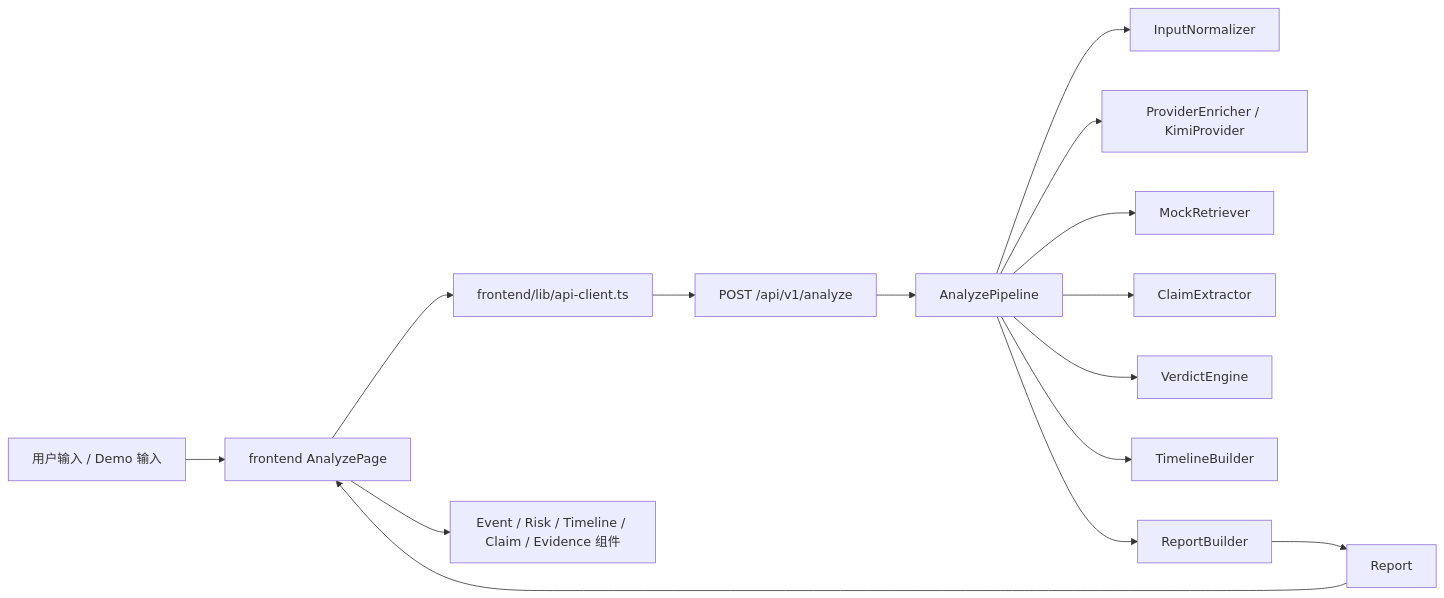
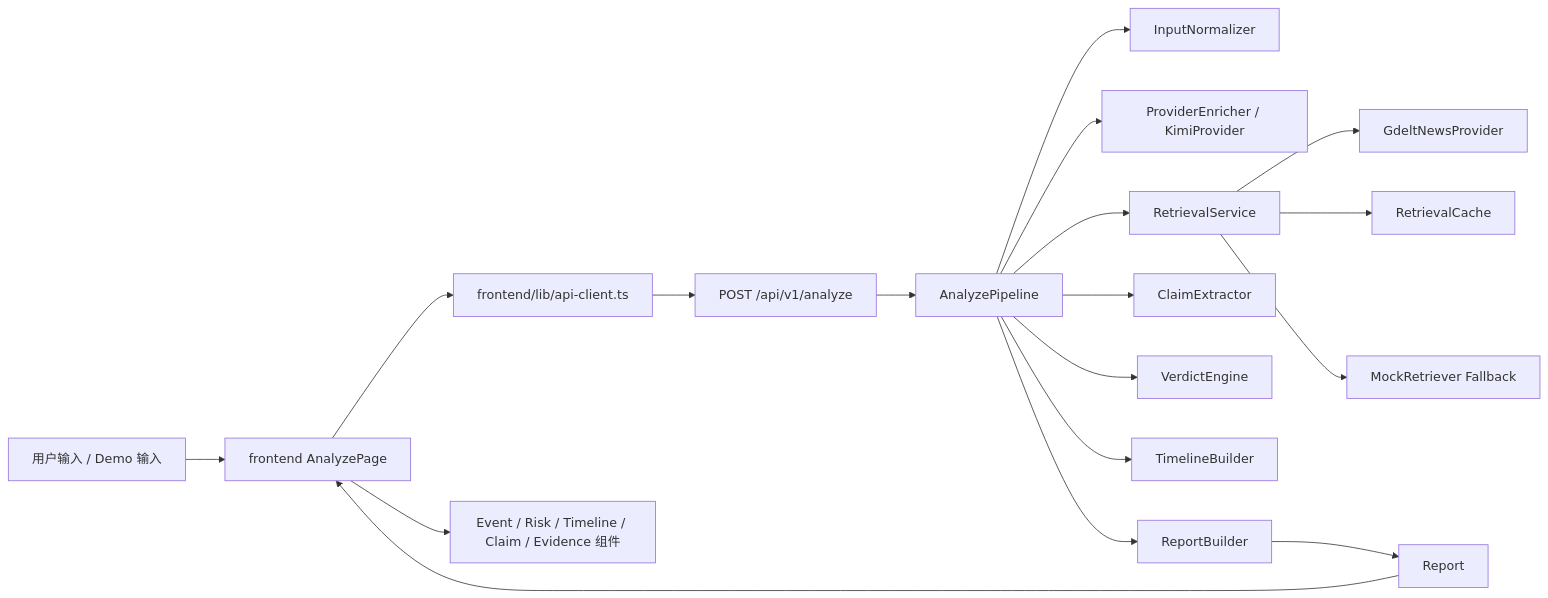
The diagram in tasks/completed-subtask-doc-index.md (forwaryan/rumor-checking), drawn with Mermaid before and after one commit. The commit also changed other lines of this file and 42 other files, not shown here.

````diff
--- a/tasks/completed-subtask-doc-index.md
+++ b/tasks/completed-subtask-doc-index.md
@@ -62,17 +67,20 @@
 ```mermaid
 flowchart LR
     U["用户输入 / Demo 输入"] --> FE["frontend AnalyzePage"]
     FE --> API["frontend/lib/api-client.ts"]
     API --> BE["POST /api/v1/analyze"]
     BE --> PIPE["AnalyzePipeline"]
     PIPE --> N["InputNormalizer"]
     PIPE --> PE["ProviderEnricher / KimiProvider"]
-    PIPE --> R["MockRetriever"]
+    PIPE --> R["RetrievalService"]
+    R --> RP["GdeltNewsProvider"]
+    R --> RC["RetrievalCache"]
+    R --> MR["MockRetriever Fallback"]
     PIPE --> C["ClaimExtractor"]
     PIPE --> V["VerdictEngine"]
     PIPE --> T["TimelineBuilder"]
     PIPE --> RB["ReportBuilder"]
     RB --> REPORT["Report"]
     REPORT --> FE
     FE --> UI["Event / Risk / Timeline / Claim / Evidence 组件"]
 ```
````
